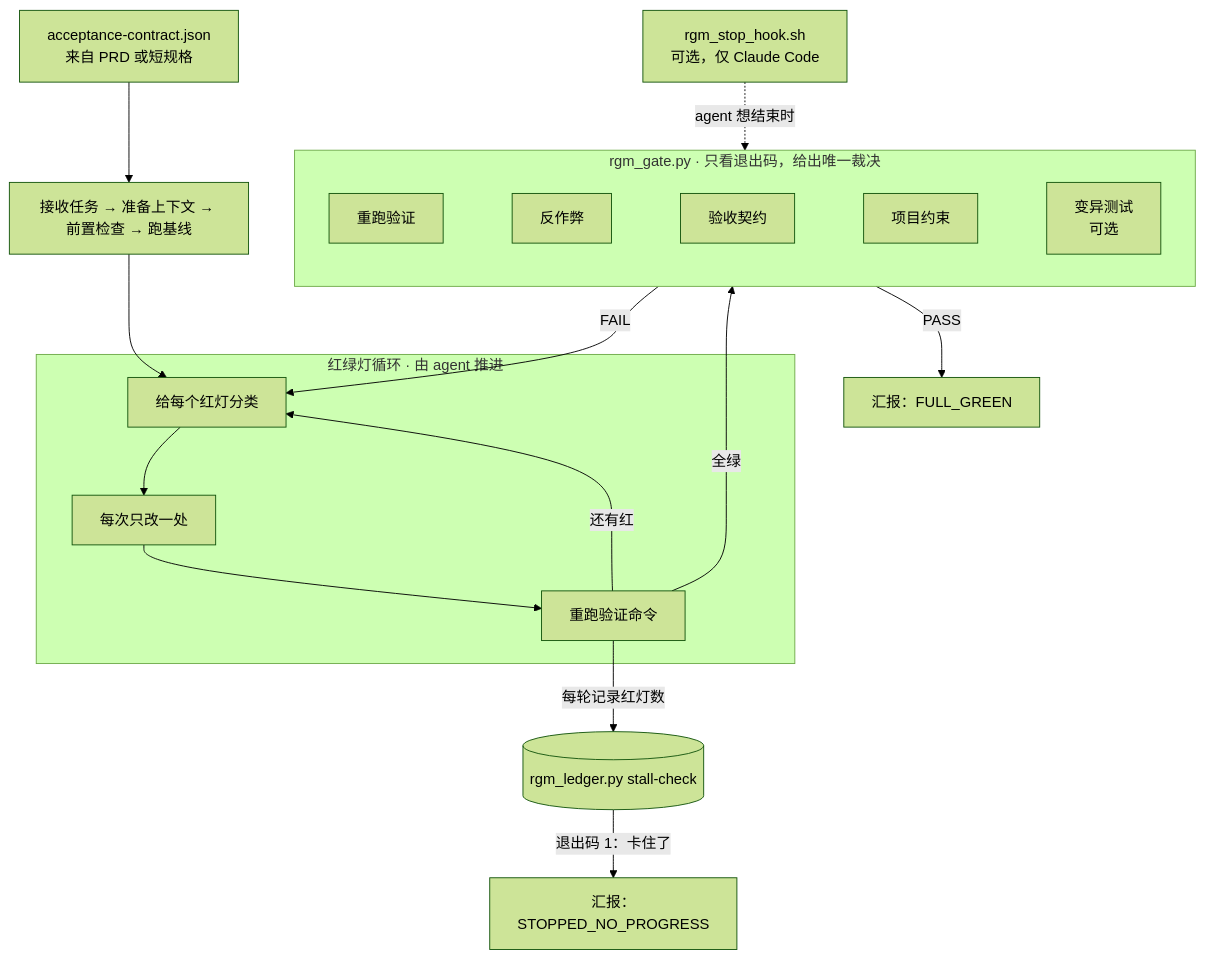
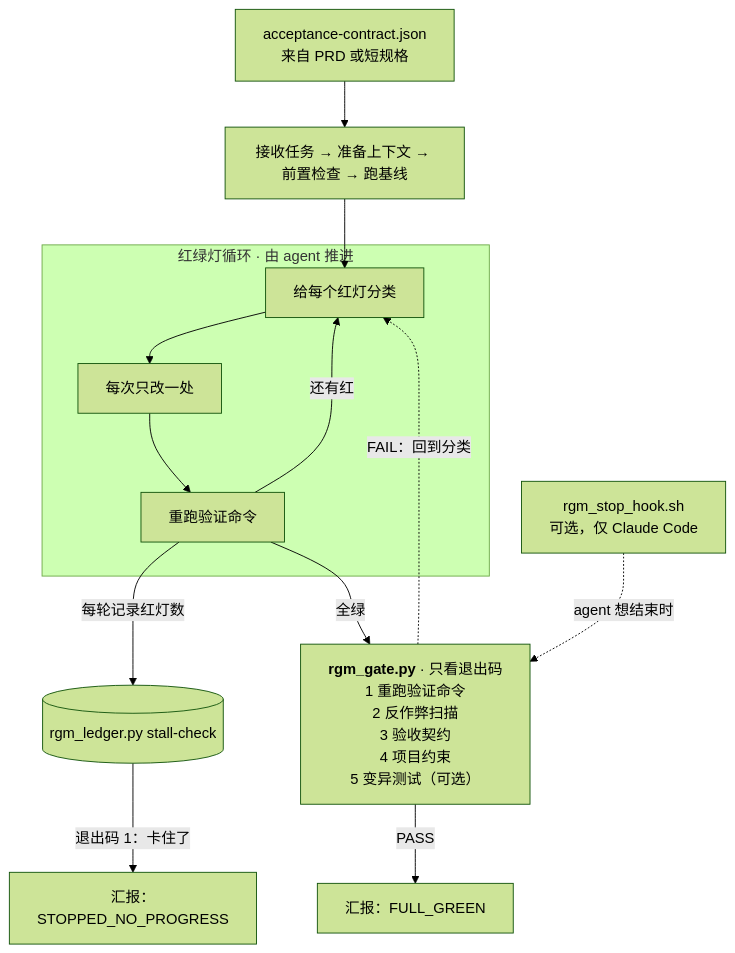
The diagram in README.zh.md (hidevinliu/red-green-mode), drawn with Mermaid (forest theme) before and after one commit. The commit also changed 1 other file, not shown here.

Commit message:
docs: clearer top-down architecture diagram (gate checks listed in one box)

````diff
--- a/README.zh.md
+++ b/README.zh.md
@@ -9,23 +9,19 @@
 ```mermaid
 flowchart TD
     SPEC["acceptance-contract.json<br/>来自 PRD 或短规格"] --> START["接收任务 → 准备上下文 → 前置检查 → 跑基线"]
     START --> T
 
     subgraph LOOP["红绿灯循环 · 由 agent 推进"]
         T["给每个红灯分类"] --> F["每次只改一处"]
         F --> V["重跑验证命令"]
         V -- "还有红" --> T
     end
 
     V -- "每轮记录红灯数" --> L[("rgm_ledger.py stall-check")]
     L -- "退出码 1：卡住了" --> STOP["汇报：STOPPED_NO_PROGRESS"]
 
-    V -- "全绿" --> GATE
-    subgraph GATE["rgm_gate.py · 只看退出码，给出唯一裁决"]
-        direction LR
-        G1["重跑验证"] ~~~ G2["反作弊"] ~~~ G3["验收契约"] ~~~ G4["项目约束"] ~~~ G5["变异测试<br/>可选"]
-    end
-    GATE -- "PASS" --> DONE["汇报：FULL_GREEN"]
-    GATE -- "FAIL" --> T
-    HOOK["rgm_stop_hook.sh<br/>可选，仅 Claude Code"] -. "agent 想结束时" .-> GATE
+    V -- "全绿" --> G["<b>rgm_gate.py</b> · 只看退出码<br/>1 重跑验证命令<br/>2 反作弊扫描<br/>3 验收契约<br/>4 项目约束<br/>5 变异测试（可选）"]
+    HOOK["rgm_stop_hook.sh<br/>可选，仅 Claude Code"] -. "agent 想结束时" .-> G
+    G -- "PASS" --> DONE["汇报：FULL_GREEN"]
+    G -. "FAIL：回到分类" .-> T
 ```
````
